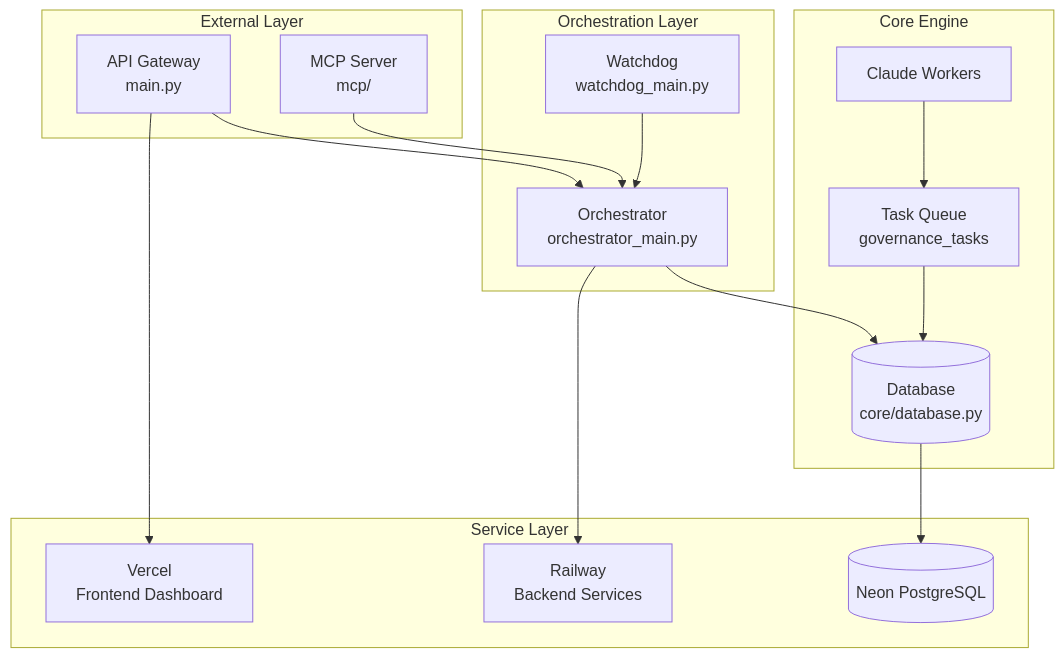
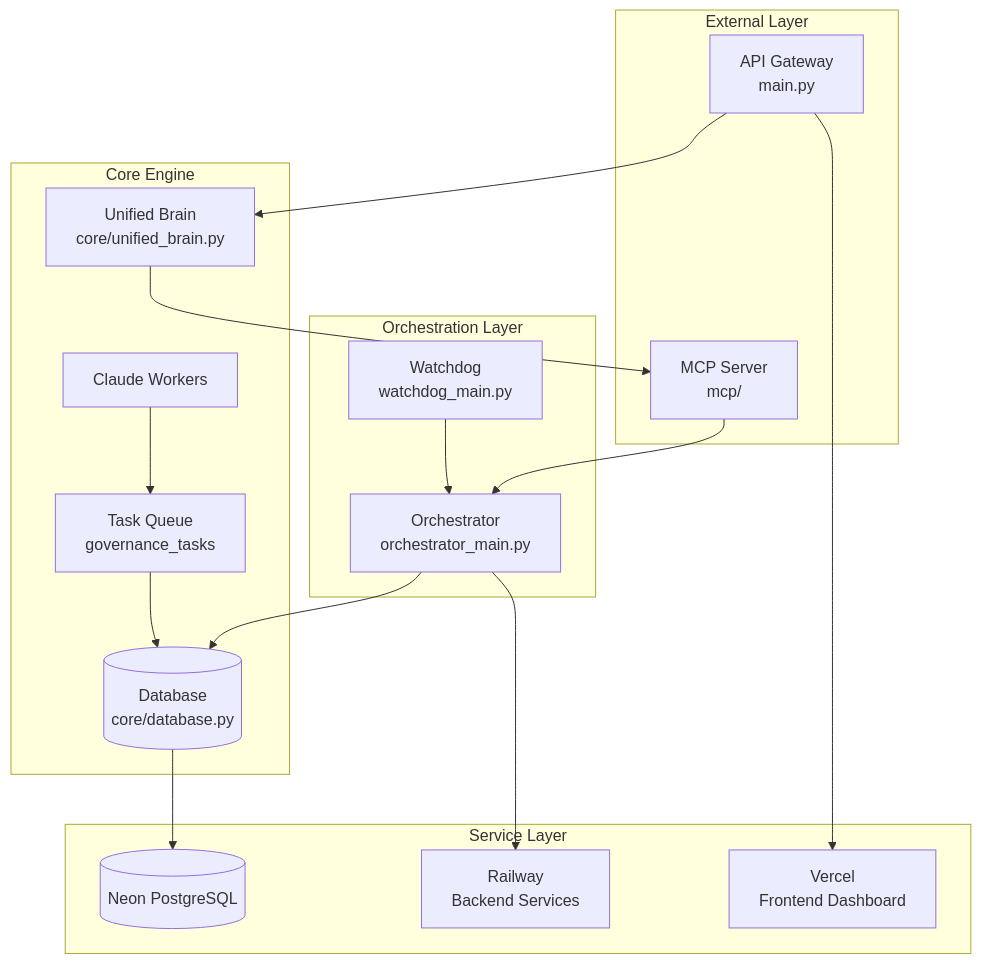
The first of 2 diagrams in docs/ARCHITECTURE.md (SpartanPlumbingJosh/juggernaut-autonomy), drawn with Mermaid before and after one commit. The commit also changed other lines of this file and 3 other files, not shown here.

Commit message:
docs: update documentation to reflect Unified Brain and code_executor

````diff
--- a/docs/ARCHITECTURE.md
+++ b/docs/ARCHITECTURE.md
@@ -9,34 +11,36 @@
 ```mermaid
 flowchart TD
     subgraph External["External Layer"]
         API[API Gateway<br>main.py]
         MCP[MCP Server<br>mcp/]
     end
     
     subgraph Orchestration["Orchestration Layer"]
         ORCH[Orchestrator<br>orchestrator_main.py]
         WATCH[Watchdog<br>watchdog_main.py]
     end
     
     subgraph Core["Core Engine"]
+        BRAIN[Unified Brain<br>core/unified_brain.py]
         DB[(Database<br>core/database.py)]
         TASK[Task Queue<br>governance_tasks]
         WORKERS[Claude Workers]
     end
     
     subgraph Services["Service Layer"]
         RAIL[Railway<br>Backend Services]
         VERCEL[Vercel<br>Frontend Dashboard]
         NEON[(Neon PostgreSQL)]
     end
     
-    API --> ORCH
+    API --> BRAIN
+    BRAIN --> MCP
     MCP --> ORCH
     ORCH --> DB
     WATCH --> ORCH
     DB --> NEON
     WORKERS --> TASK
     TASK --> DB
     ORCH --> RAIL
     API --> VERCEL
 ```
````
